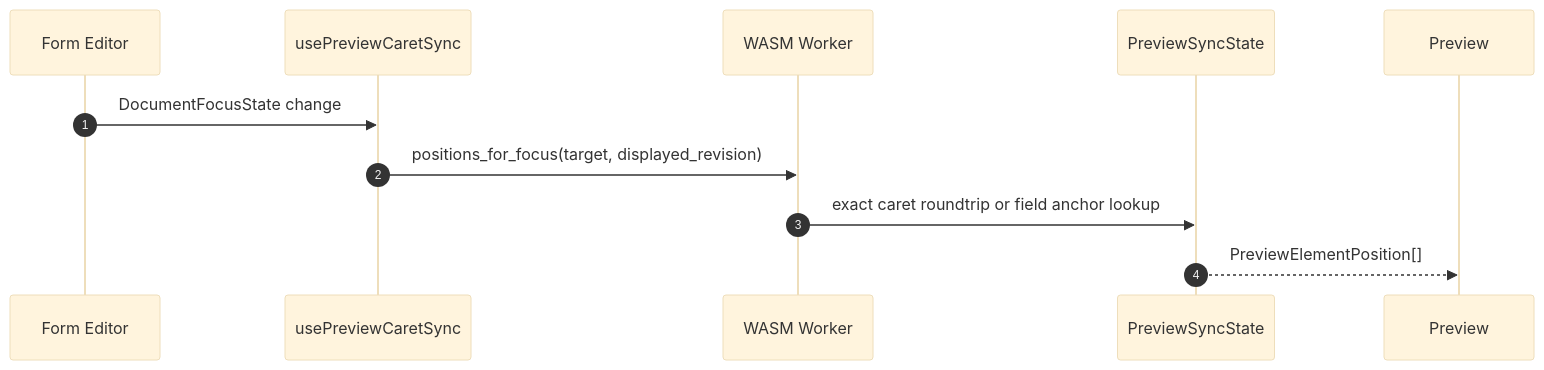
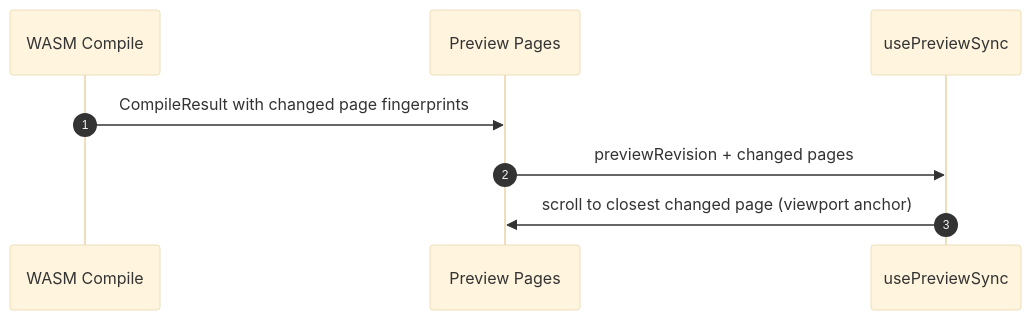
Before and after one commit to andmoreduro/ergo: the tenth of 10 diagrams in context/sequence-diagrams.md, drawn with Mermaid (base theme). The commit also changed other lines of this file and 27 other files, not shown here.

First line of the commit message:
Simplify preview sync and remove dead caret/positions paths.

````diff
--- a/context/sequence-diagrams.md
+++ b/context/sequence-diagrams.md
@@ -217,14 +217,12 @@
 ```mermaid
 sequenceDiagram
     autonumber
 
-    participant Editor as Form Editor
-    participant Hook as usePreviewCaretSync
-    participant Worker as WASM Worker
-    participant Sync as PreviewSyncState
+    participant Compiler as WASM Compile
+    participant Preview as Preview Pages
+    participant Hook as usePreviewSync
 
-    Editor->>Hook: DocumentFocusState change
-    Hook->>Worker: positions_for_focus(target, displayed_revision)
-    Worker->>Sync: exact caret roundtrip or field anchor lookup
-    Sync-->>Preview: PreviewElementPosition[]
+    Compiler->>Preview: CompileResult with changed page fingerprints
+    Preview->>Hook: previewRevision + changed pages
+    Hook->>Preview: scroll to closest changed page (viewport anchor)
 ```
````
